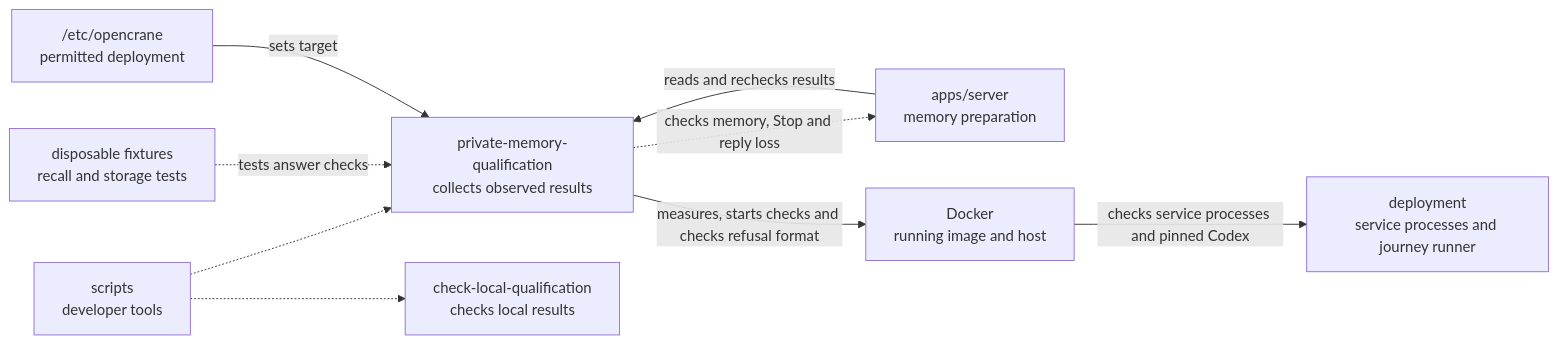
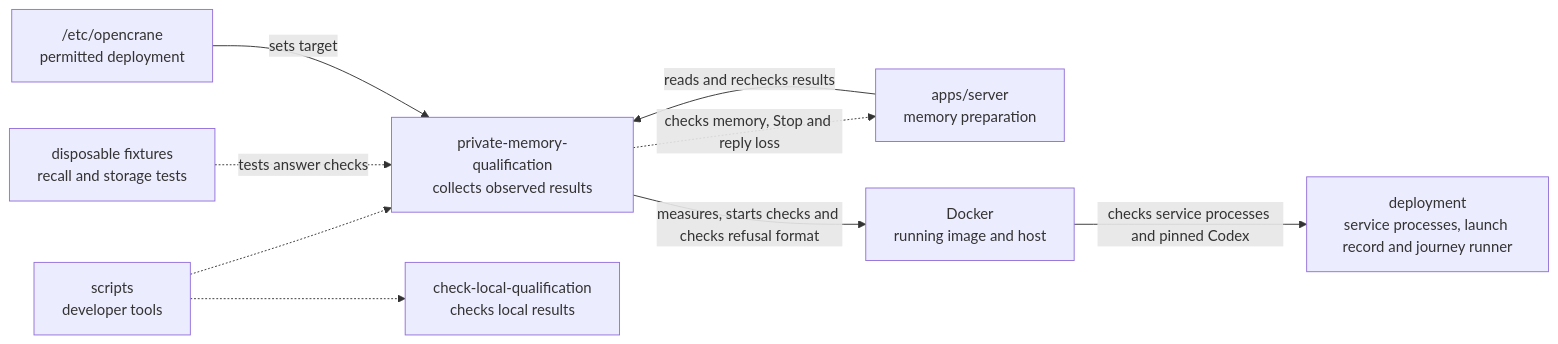
Before and after one commit to elewa-git/opencrane-new: the diagram in scripts/private-memory-qualification/README.md, drawn with Mermaid. The commit also changed other lines of this file and 8 other files, not shown here.

Commit message:
🔒 Bind bridge discovery to its launch record

````diff
--- a/scripts/private-memory-qualification/README.md
+++ b/scripts/private-memory-qualification/README.md
@@ -18,11 +18,11 @@
 ```mermaid
 flowchart LR
   scripts["scripts<br/>developer tools"] -.-> collector["private-memory-qualification<br/>collects observed results"]
   fixtures["disposable fixtures<br/>recall and storage tests"] -.->|tests answer checks| collector
   scripts -.-> sibling["check-local-qualification<br/>checks local results"]
   server["apps/server<br/>memory preparation"] -->|reads and rechecks results| collector
   collector -.->|checks memory, Stop and reply loss| server
   config["/etc/opencrane<br/>permitted deployment"] -->|sets target| collector
   collector -->|measures, starts checks and checks refusal format| docker["Docker<br/>running image and host"]
-  docker -->|checks service processes and pinned Codex| deployment["deployment<br/>service processes and journey runner"]
+  docker -->|checks service processes and pinned Codex| deployment["deployment<br/>service processes, launch record and journey runner"]
 ```
````
